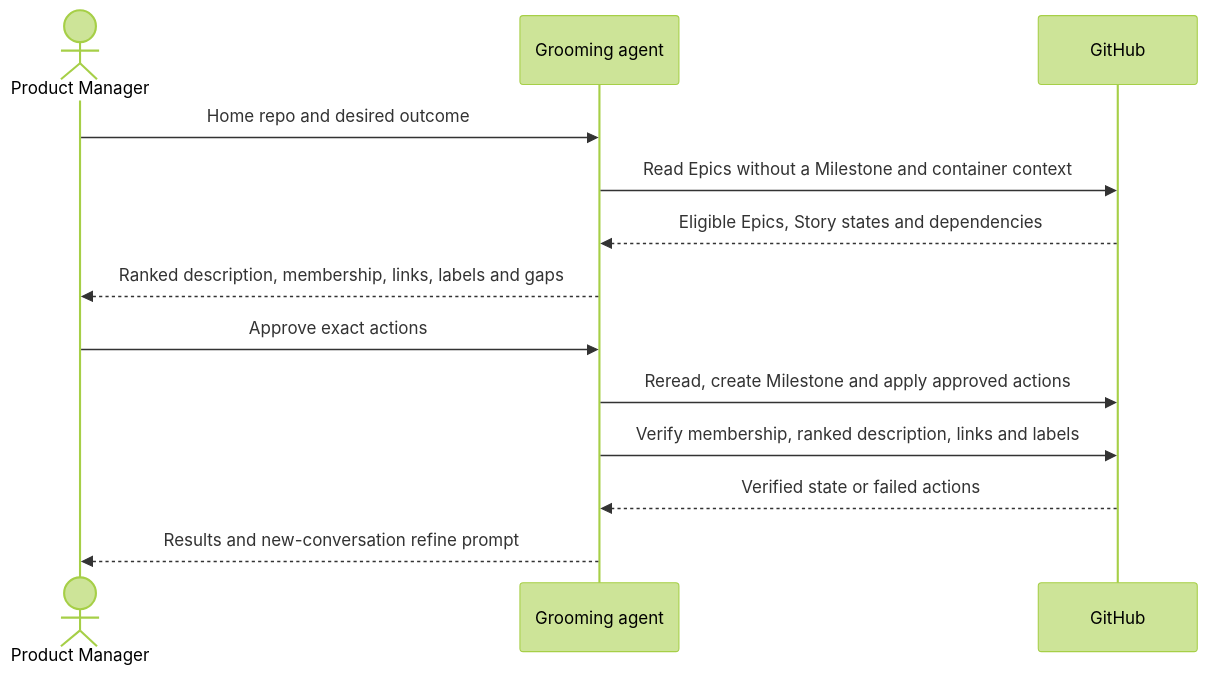
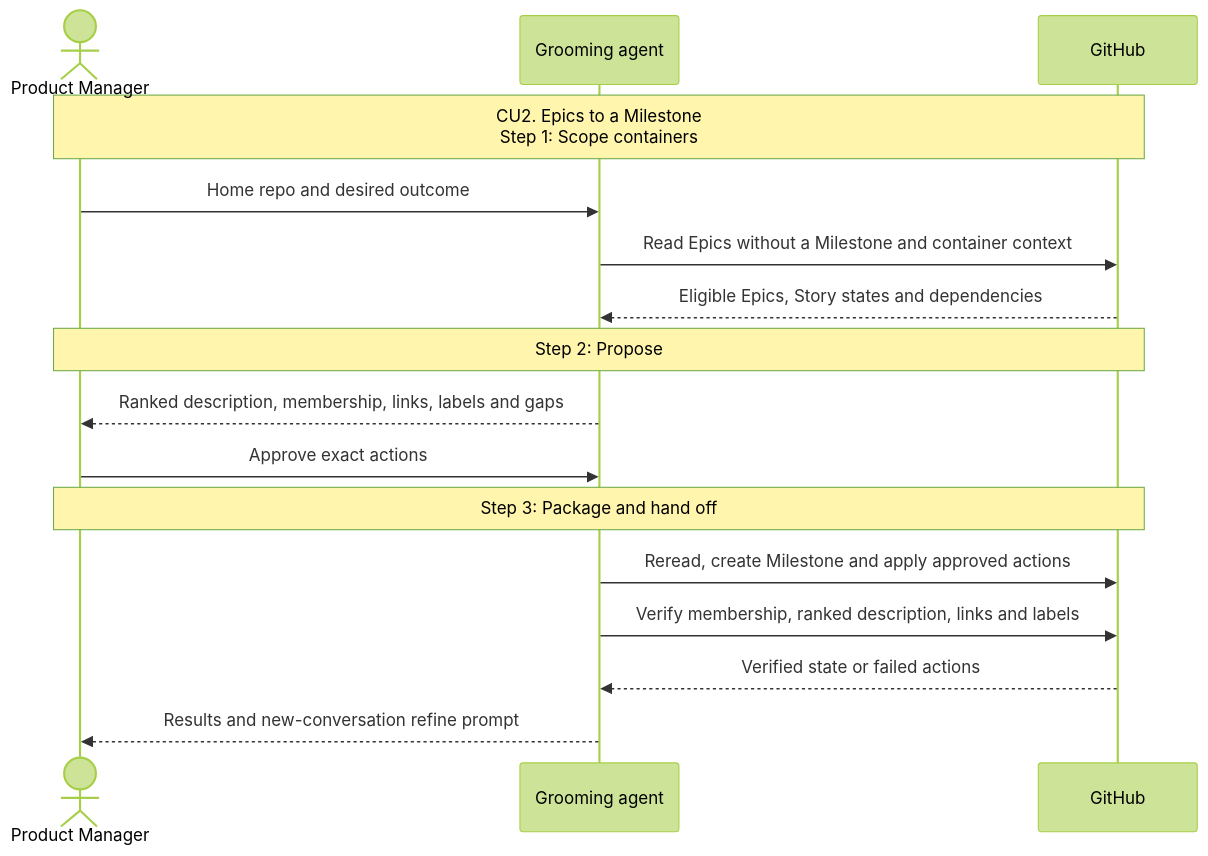
One commit to pascalandy/skills changed the diagram in authoring/andy-devtools/grooming-mode/playbooks/milestone.md. Above: the diagram before and after it, drawn with Mermaid (forest theme). The commit also changed other lines of this file and 11 other files, not shown here.

````diff
--- a/authoring/andy-devtools/grooming-mode/playbooks/milestone.md
+++ b/authoring/andy-devtools/grooming-mode/playbooks/milestone.md
@@ -46,17 +46,20 @@
 ```mermaid
 sequenceDiagram
     accTitle: CU2 Epics to a Milestone
     accDescr: Read eligible containers, propose a ranked Milestone, apply after approval and hand remaining gaps to refine.
     actor PM as Product Manager
     participant G as Grooming agent
     participant GH as GitHub
+    Note over PM,GH: CU2. Epics to a Milestone<br>Step 1: Scope containers
     PM->>G: Home repo and desired outcome
     G->>GH: Read Epics without a Milestone and container context
     GH-->>G: Eligible Epics, Story states and dependencies
+    Note over PM,GH: Step 2: Propose
     G-->>PM: Ranked description, membership, links, labels and gaps
     PM->>G: Approve exact actions
+    Note over PM,GH: Step 3: Package and hand off
     G->>GH: Reread, create Milestone and apply approved actions
     G->>GH: Verify membership, ranked description, links and labels
     GH-->>G: Verified state or failed actions
     G-->>PM: Results and new-conversation refine prompt
 ```
````
